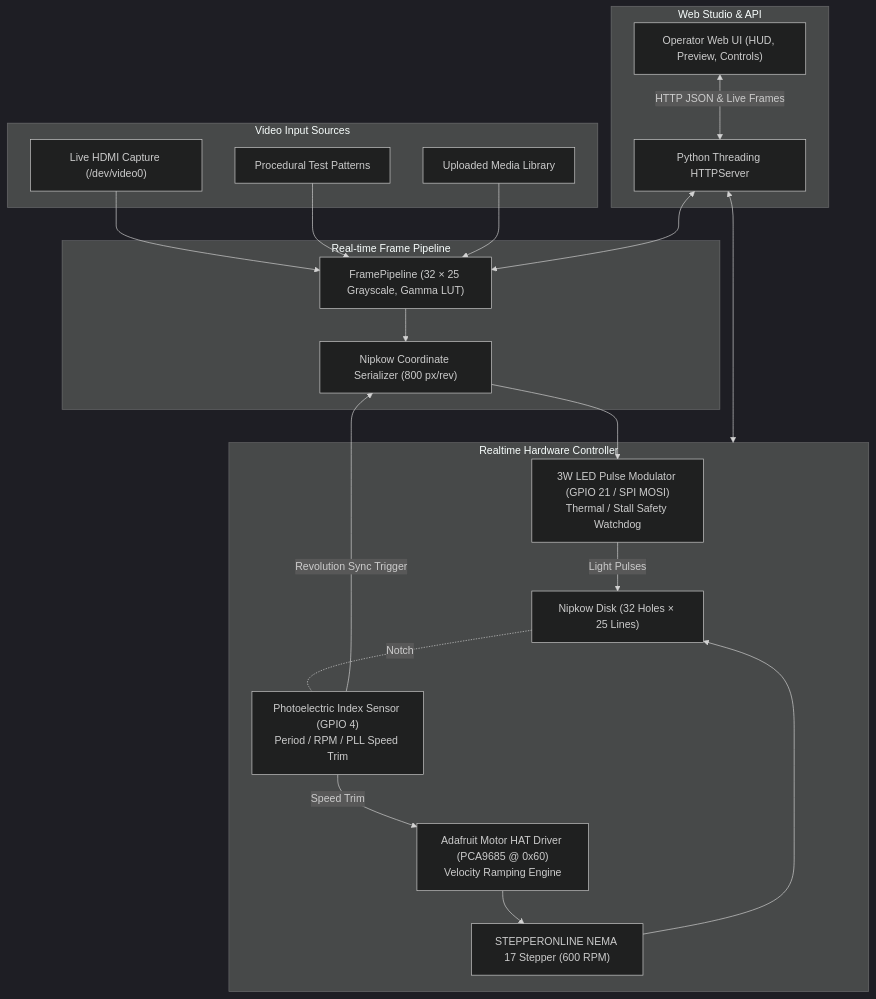
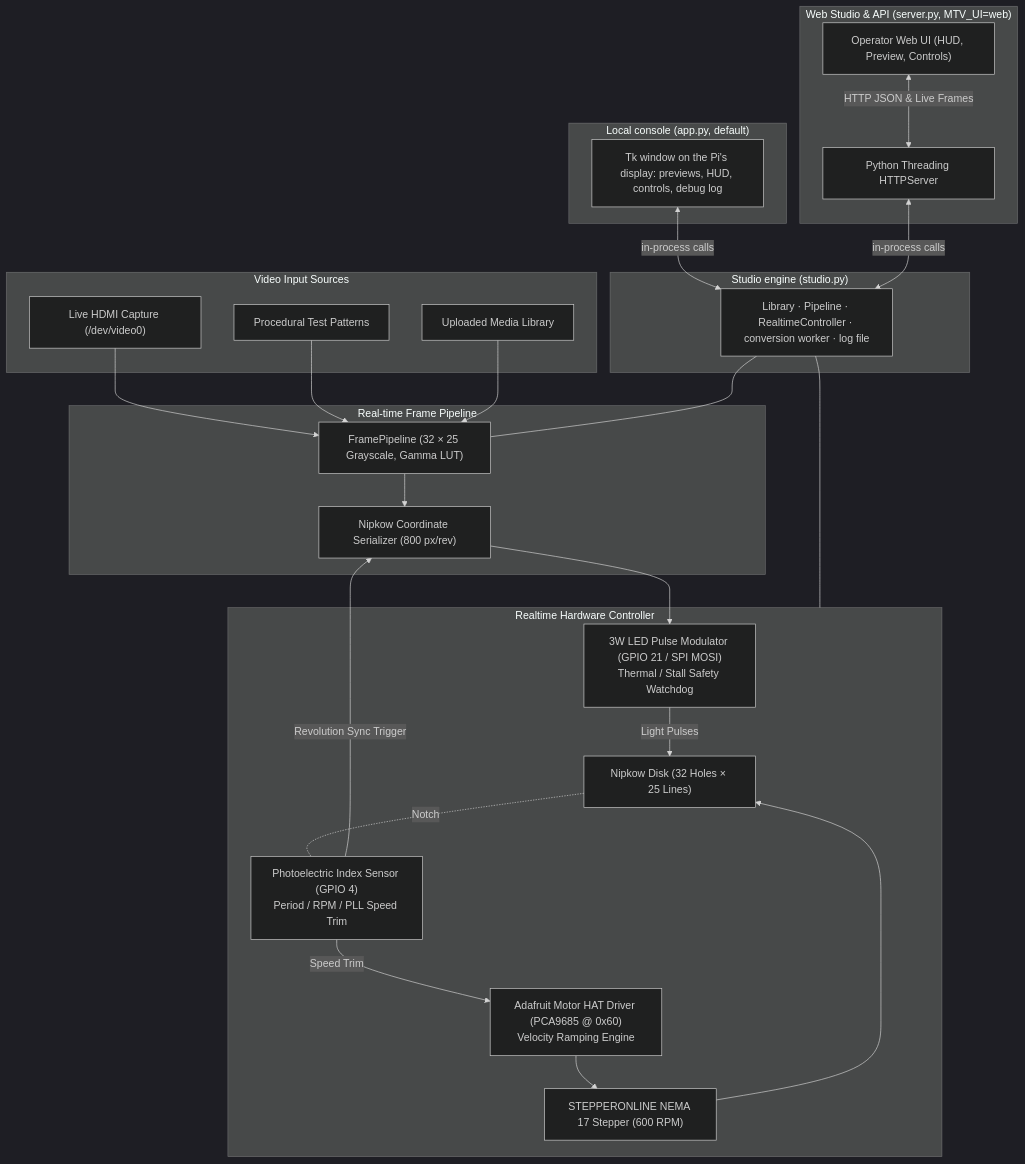
The diagram in docs/ARCHITECTURE.md (andrewfrangella/mechanicaltv), drawn with Mermaid (dark theme) before and after one commit. The commit also changed other lines of this file and 24 other files, not shown here.

````diff
--- a/docs/ARCHITECTURE.md
+++ b/docs/ARCHITECTURE.md
@@ -5,42 +5,52 @@
 ```mermaid
 flowchart TD
   subgraph Inputs ["Video Input Sources"]
     HDMI["Live HDMI Capture (/dev/video0)"]
     Patterns["Procedural Test Patterns"]
     LibraryClips["Uploaded Media Library"]
   end
 
   subgraph Pipeline ["Real-time Frame Pipeline"]
     FramePipeline["FramePipeline (32 × 25 Grayscale, Gamma LUT)"]
     NipkowMapper["Nipkow Coordinate Serializer (800 px/rev)"]
   end
 
   subgraph HardwareEngine ["Realtime Hardware Controller"]
     MotorController["Adafruit Motor HAT Driver (PCA9685 @ 0x60)\nVelocity Ramping Engine"]
     NEMA17["STEPPERONLINE NEMA 17 Stepper (600 RPM)"]
     Disk["Nipkow Disk (32 Holes × 25 Lines)"]
     OptoSensor["Photoelectric Index Sensor (GPIO 4)\nPeriod / RPM / PLL Speed Trim"]
     LEDModulator["3W LED Pulse Modulator (GPIO 21 / SPI MOSI)\nThermal / Stall Safety Watchdog"]
   end
 
-  subgraph WebApp ["Web Studio & API"]
+  subgraph Studio ["Studio engine (studio.py)"]
+    Engine["Library · Pipeline · RealtimeController · conversion worker · log file"]
+  end
+
+  subgraph Console ["Local console (app.py, default)"]
+    Tk["Tk window on the Pi's display: previews, HUD, controls, debug log"]
+  end
+
+  subgraph WebApp ["Web Studio & API (server.py, MTV_UI=web)"]
     HTTP["Python Threading HTTPServer"]
     Browser["Operator Web UI (HUD, Preview, Controls)"]
   end
 
   HDMI --> FramePipeline
   Patterns --> FramePipeline
   LibraryClips --> FramePipeline
   FramePipeline --> NipkowMapper
 
   MotorController --> NEMA17 --> Disk
   Disk -. Notch .- OptoSensor
   OptoSensor -->|Revolution Sync Trigger| NipkowMapper
   OptoSensor -->|Speed Trim| MotorController
   NipkowMapper --> LEDModulator
   LEDModulator -->|Light Pulses| Disk
 
-  HTTP <--> FramePipeline
-  HTTP <--> HardwareEngine
+  Engine --- FramePipeline
+  Engine --- HardwareEngine
+  Tk <-->|in-process calls| Engine
+  HTTP <-->|in-process calls| Engine
   Browser <-->|HTTP JSON & Live Frames| HTTP
 ```
````
